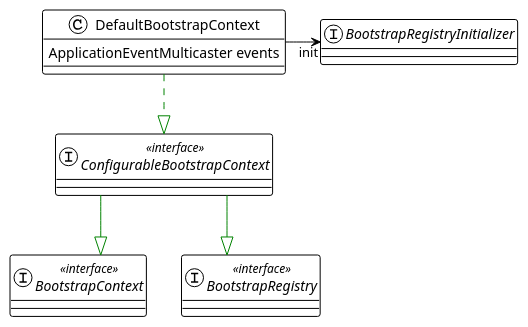
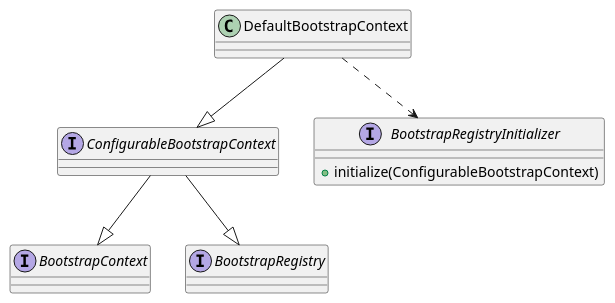
Before and after one commit to kevinwang930/kevinwang930.github.io: the third of 12 diagrams in content/post/java/spring/spring-boot.md, drawn with PlantUML. The commit also changed other lines of this file and 2 other files, not shown here.

````diff
--- a/content/post/java/spring/spring-boot.md
+++ b/content/post/java/spring/spring-boot.md
@@ -76,25 +223,15 @@
 ```plantuml
 @startuml
-
-!theme plain
-top to bottom direction
-skinparam linetype ortho
-
-interface BootstrapContext << interface >>
-interface BootstrapRegistry << interface >>
-interface ConfigurableBootstrapContext << interface >>
-class DefaultBootstrapContext {
-    ApplicationEventMulticaster events
+interface BootstrapContext
+interface BootstrapRegistry
+interface ConfigurableBootstrapContext
+class DefaultBootstrapContext
+ConfigurableBootstrapContext --|> BootstrapContext
+ConfigurableBootstrapContext --|> BootstrapRegistry
+DefaultBootstrapContext --|> ConfigurableBootstrapContext
+interface BootstrapRegistryInitializer {
+  +initialize(ConfigurableBootstrapContext)
 }
-
-interface BootstrapRegistryInitializer
-
-ConfigurableBootstrapContext  -[#008200,plain]-^  BootstrapContext             
-ConfigurableBootstrapContext  -[#008200,plain]-^  BootstrapRegistry            
-DefaultBootstrapContext       -[#008200,dashed]-^  ConfigurableBootstrapContext 
-
-DefaultBootstrapContext -right-> BootstrapRegistryInitializer: init
-
+DefaultBootstrapContext ..> BootstrapRegistryInitializer
 @enduml
-
 ```
````
